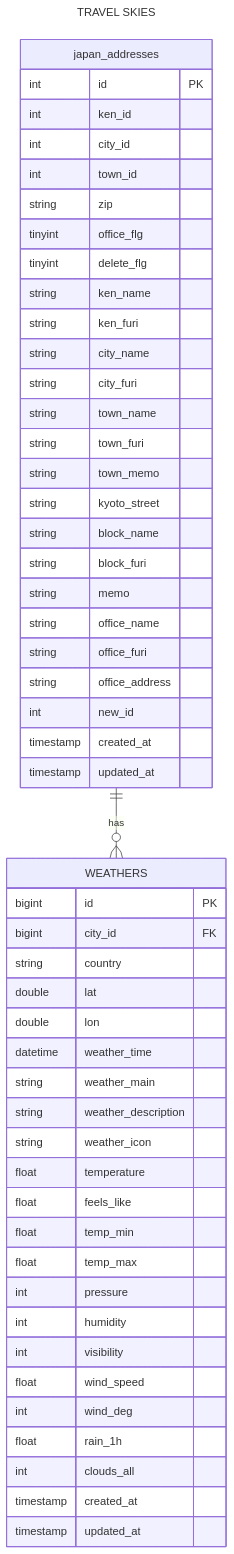
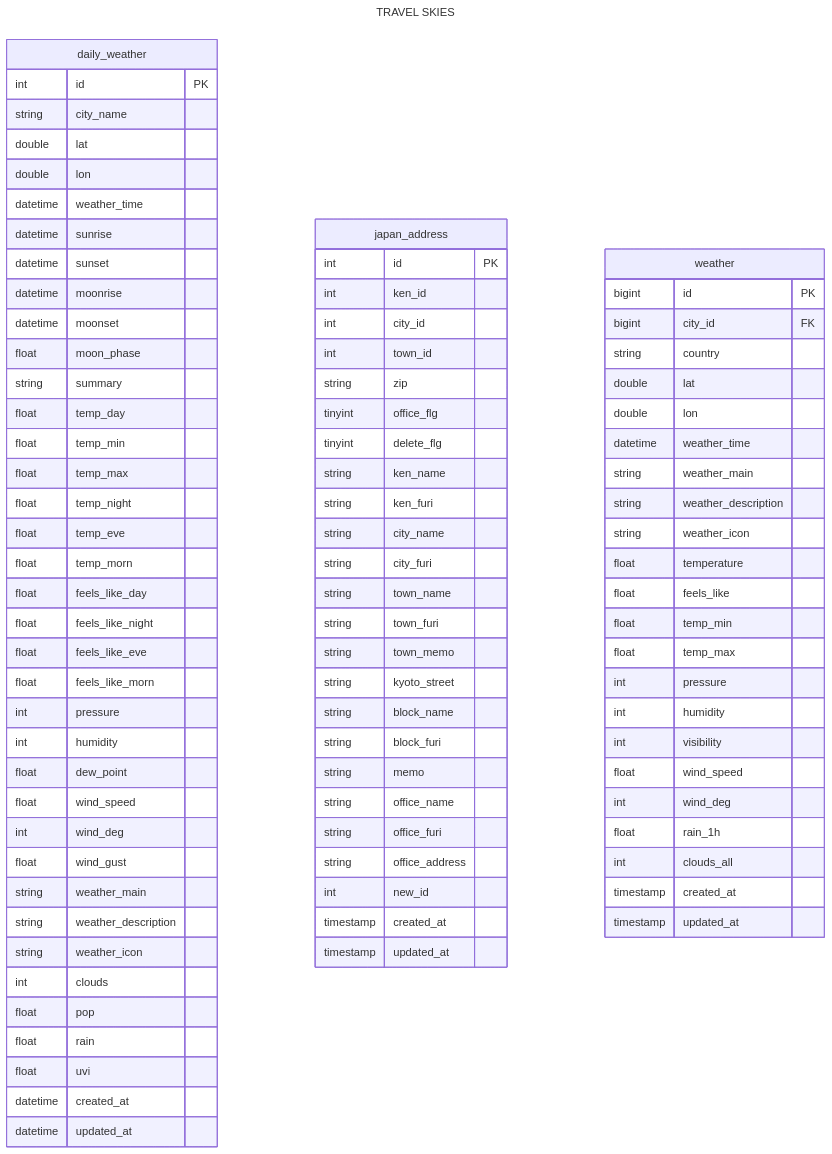
The diagram in README.md (shihoin2/TRAVEL_SKIES), drawn with Mermaid before and after one commit.

Commit message:
READMEの編集

````diff
--- a/README.md
+++ b/README.md
@@ -7,32 +7,46 @@
 title: "TRAVEL SKIES"
 ---
 erDiagram
-    %% REGIONS {
-    %%     BIGINT id PK
-    %%     VARCHAR(50) name
-    %%     TEXT description
-    %% }
+    daily_weather {
+        int id PK
+        string city_name
+        double lat
+        double lon
+        datetime weather_time
+        datetime sunrise
+        datetime sunset
+        datetime moonrise
+        datetime moonset
+        float moon_phase
+        string summary
+        float temp_day
+        float temp_min
+        float temp_max
+        float temp_night
+        float temp_eve
+        float temp_morn
+        float feels_like_day
+        float feels_like_night
+        float feels_like_eve
+        float feels_like_morn
+        int pressure
+        int humidity
+        float dew_point
+        float wind_speed
+        int wind_deg
+        float wind_gust
+        string weather_main
+        string weather_description
+        string weather_icon
+        int clouds
+        float pop
+        float rain
+        float uvi
+        datetime created_at
+        datetime updated_at
+        }
 
-    %% PREFECTURES {
-    %%     BIGINT id PK
-    %%     VARCHAR(50) name
-    %%     BIGINT region_id FK
-    %%     VARCHAR(255) image_url
-    %%     TIMESTAMP created_at
-    %%     TIMESTAMP updated_at
-    %% }
-
-    %% CITIES {
-    %%     BIGINT id PK
-    %%     VARCHAR(100) name
-    %%     BIGINT prefecture_id FK
-    %%     FLOAT latitude
-    %%     FLOAT longitude
-    %%     TIMESTAMP created_at
-    %%     TIMESTAMP updated_at
-    %% }
-
-     japan_addresses {
+     japan_address {
         int id PK
         int ken_id
         int city_id
@@ -59,7 +73,7 @@
         timestamp updated_at
     }
 
-    WEATHERS {
+    weather {
         bigint id PK
         bigint city_id FK
         string country
@@ -84,9 +98,6 @@
         timestamp updated_at
     }
 
-    %% REGIONS ||--o{ PREFECTURES : "has"
-    %% PREFECTURES ||--o{ CITIES : "has"
-    japan_addresses ||--o{ WEATHERS : "has"
 
 
 ```
````
